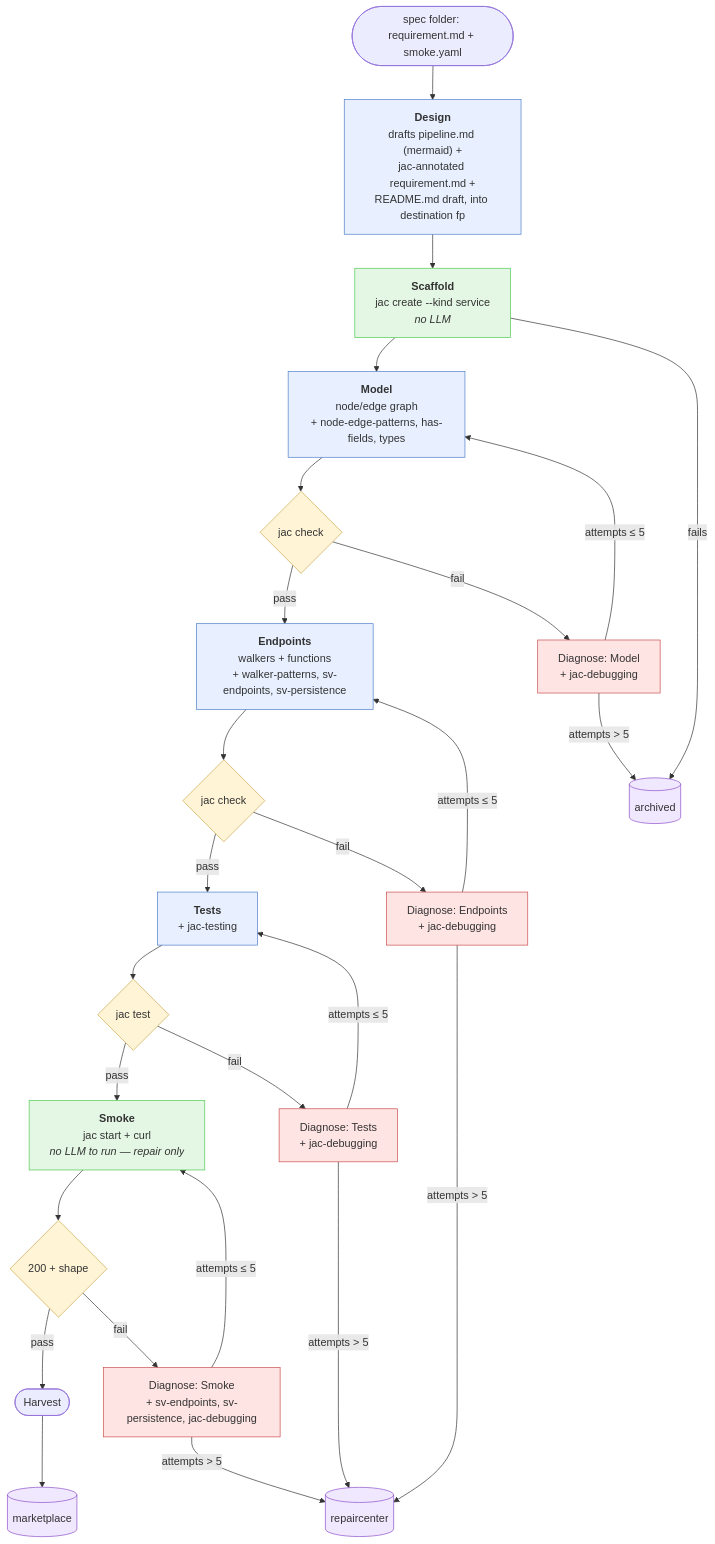
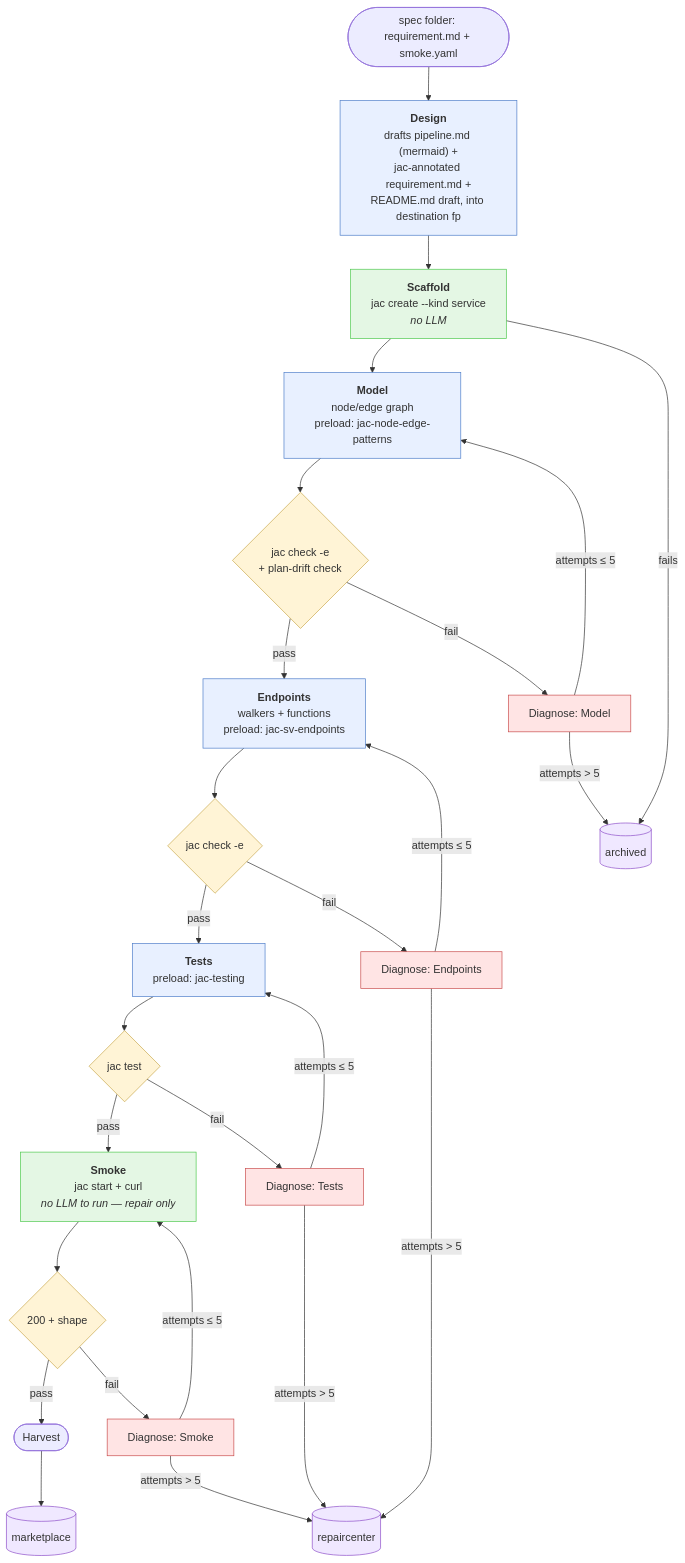
One commit to RUI030/JacProjectFactory changed the diagram in docs/PIPELINE.md. Above: the diagram before and after it, drawn with Mermaid. The commit also changed other lines of this file and 3 other files, not shown here.

````diff
--- a/docs/PIPELINE.md
+++ b/docs/PIPELINE.md
@@ -22,44 +22,44 @@
 ```mermaid
 flowchart TD
     Start([spec folder: requirement.md + smoke.yaml]) --> Design
     Design["<b>Design</b><br/>drafts pipeline.md (mermaid) +<br/>jac-annotated requirement.md +<br/>README.md draft, into destination fp"] --> Scaffold
     Scaffold["<b>Scaffold</b><br/>jac create --kind service<br/><i>no LLM</i>"] --> Model
 
-    Model["<b>Model</b><br/>node/edge graph<br/>+ node-edge-patterns, has-fields, types"] --> CkA{jac check}
+    Model["<b>Model</b><br/>node/edge graph<br/>preload: jac-node-edge-patterns"] --> CkA{jac check -e<br/>+ plan-drift check}
     CkA -- pass --> Endp
-    CkA -- fail --> DiagModel["Diagnose: Model<br/>+ jac-debugging"]
+    CkA -- fail --> DiagModel[Diagnose: Model]
     DiagModel -->|attempts ≤ 5| Model
     DiagModel -->|attempts > 5| AR1
 
-    Endp["<b>Endpoints</b><br/>walkers + functions<br/>+ walker-patterns, sv-endpoints, sv-persistence"] --> CkB{jac check}
+    Endp["<b>Endpoints</b><br/>walkers + functions<br/>preload: jac-sv-endpoints"] --> CkB{jac check -e}
     CkB -- pass --> Tests
-    CkB -- fail --> DiagEndp["Diagnose: Endpoints<br/>+ jac-debugging"]
+    CkB -- fail --> DiagEndp[Diagnose: Endpoints]
     DiagEndp -->|attempts ≤ 5| Endp
     DiagEndp -->|attempts > 5| RC1[("repaircenter")]
 
-    Tests["<b>Tests</b><br/>+ jac-testing"] --> TGate{jac test}
+    Tests["<b>Tests</b><br/>preload: jac-testing"] --> TGate{jac test}
     TGate -- pass --> Smoke
-    TGate -- fail --> DiagTests["Diagnose: Tests<br/>+ jac-debugging"]
+    TGate -- fail --> DiagTests[Diagnose: Tests]
     DiagTests -->|attempts ≤ 5| Tests
     DiagTests -->|attempts > 5| RC1
 
     Smoke["<b>Smoke</b><br/>jac start + curl<br/><i>no LLM to run — repair only</i>"] --> SGate{200 + shape}
     SGate -- pass --> Harvest
-    SGate -- fail --> DiagSmoke["Diagnose: Smoke<br/>+ sv-endpoints, sv-persistence, jac-debugging"]
+    SGate -- fail --> DiagSmoke[Diagnose: Smoke]
     DiagSmoke -->|attempts ≤ 5| Smoke
     DiagSmoke -->|attempts > 5| RC1
 
     Harvest([Harvest]) --> MP[("marketplace")]
     Scaffold -- fails --> AR1[("archived")]
 
     classDef llm fill:#e8f0ff,stroke:#4d7dc9
     classDef gate fill:#fff4d6,stroke:#c9a94d
     classDef fix fill:#ffe4e4,stroke:#c94d4d
     classDef det fill:#e4f7e4,stroke:#4dc94d
     classDef bucket fill:#f0e8ff,stroke:#8d4dc9
     class Design,Model,Endp,Tests llm
     class CkA,CkB,TGate,SGate gate
     class DiagModel,DiagEndp,DiagTests,DiagSmoke fix
     class Scaffold,Smoke det
     class MP,AR1,RC1 bucket
 ```
````
